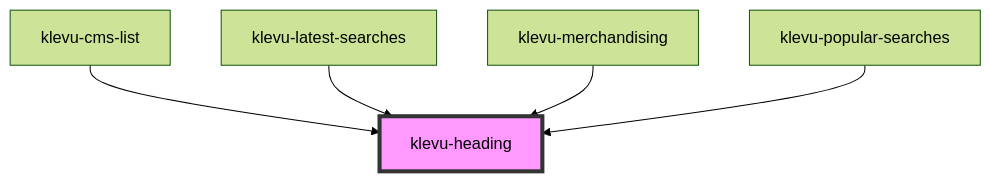
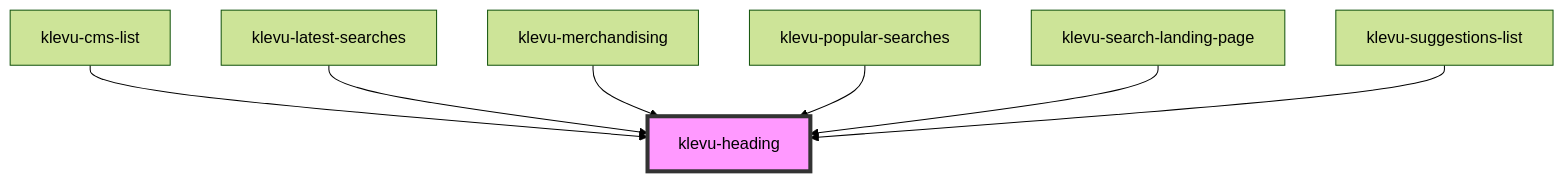
One commit to klevultd/frontend-sdk changed the diagram in packages/klevu-ui/src/components/klevu-heading/readme.md. Above: the diagram before and after it, drawn with Mermaid (forest theme). The commit also changed other lines of this file and 32 other files, not shown here.

````diff
--- a/packages/klevu-ui/src/components/klevu-heading/readme.md
+++ b/packages/klevu-ui/src/components/klevu-heading/readme.md
@@ -25,8 +27,10 @@
 ```mermaid
 graph TD;
   klevu-cms-list --> klevu-heading
   klevu-latest-searches --> klevu-heading
   klevu-merchandising --> klevu-heading
   klevu-popular-searches --> klevu-heading
+  klevu-search-landing-page --> klevu-heading
+  klevu-suggestions-list --> klevu-heading
   style klevu-heading fill:#f9f,stroke:#333,stroke-width:4px
 ```
````
